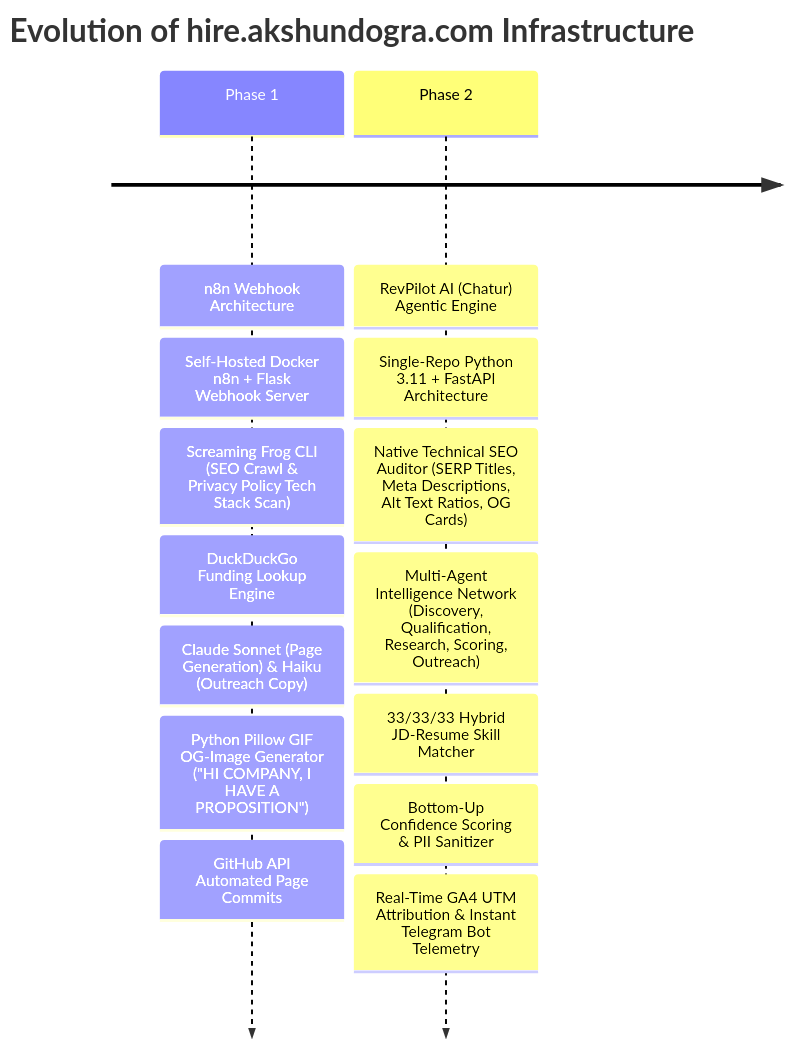
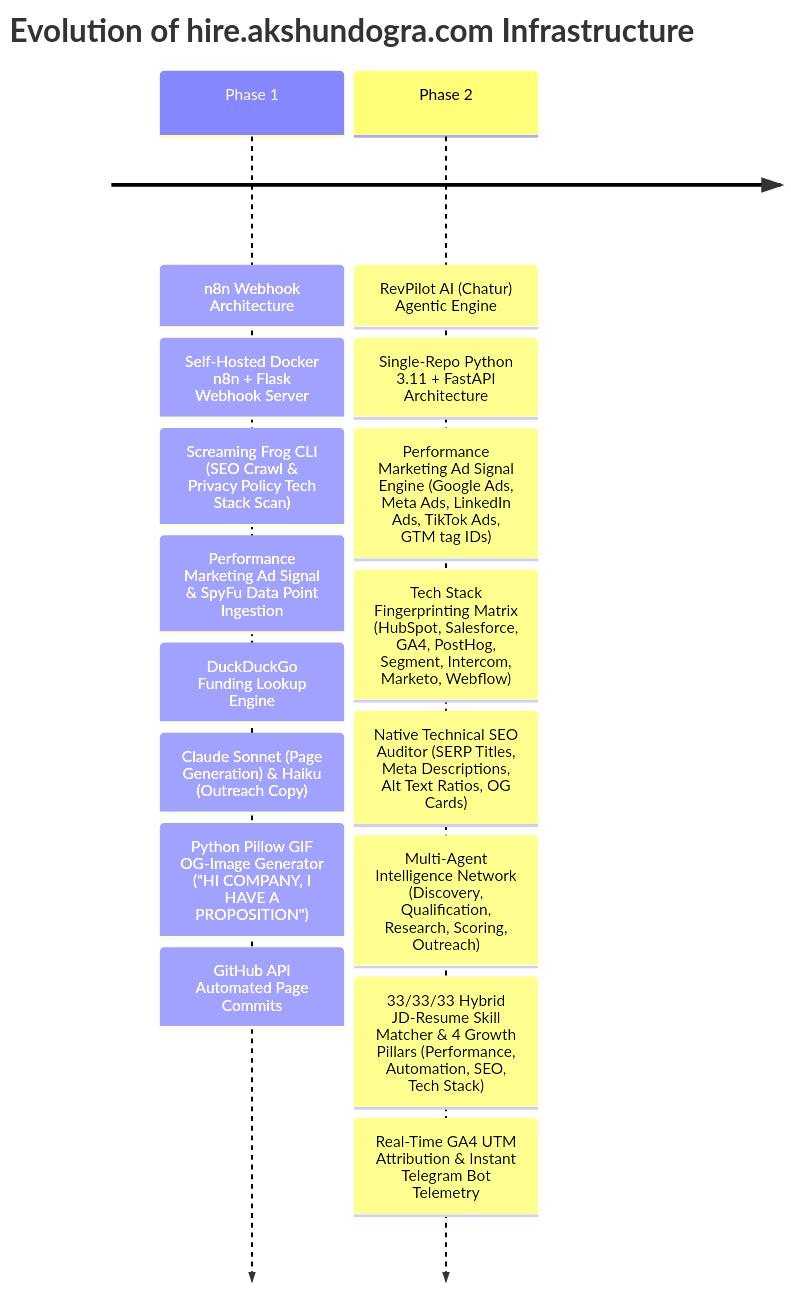
One commit to akshundogra/hire changed the first of 4 diagrams in README.md. Above: the diagram before and after it, drawn with Mermaid. The commit also changed other lines of this file, not shown here.

Commit message:
docs: add 4 Growth Audit Pillars, Performance Marketing ad signals & Tech Stack fingerprinting matrix to README

````diff
--- a/README.md
+++ b/README.md
@@ -16,18 +16,20 @@
 ```mermaid
 timeline
     title Evolution of hire.akshundogra.com Infrastructure
     Phase 1 : n8n Webhook Architecture
             : Self-Hosted Docker n8n + Flask Webhook Server
             : Screaming Frog CLI (SEO Crawl & Privacy Policy Tech Stack Scan)
+            : Performance Marketing Ad Signal & SpyFu Data Point Ingestion
             : DuckDuckGo Funding Lookup Engine
             : Claude Sonnet (Page Generation) & Haiku (Outreach Copy)
             : Python Pillow GIF OG-Image Generator ("HI COMPANY, I HAVE A PROPOSITION")
             : GitHub API Automated Page Commits
     Phase 2 : RevPilot AI (Chatur) Agentic Engine
             : Single-Repo Python 3.11 + FastAPI Architecture
+            : Performance Marketing Ad Signal Engine (Google Ads, Meta Ads, LinkedIn Ads, TikTok Ads, GTM tag IDs)
+            : Tech Stack Fingerprinting Matrix (HubSpot, Salesforce, GA4, PostHog, Segment, Intercom, Marketo, Webflow)
             : Native Technical SEO Auditor (SERP Titles, Meta Descriptions, Alt Text Ratios, OG Cards)
             : Multi-Agent Intelligence Network (Discovery, Qualification, Research, Scoring, Outreach)
-            : 33/33/33 Hybrid JD-Resume Skill Matcher
-            : Bottom-Up Confidence Scoring & PII Sanitizer
+            : 33/33/33 Hybrid JD-Resume Skill Matcher & 4 Growth Pillars (Performance, Automation, SEO, Tech Stack)
             : Real-Time GA4 UTM Attribution & Instant Telegram Bot Telemetry
 ```
````
